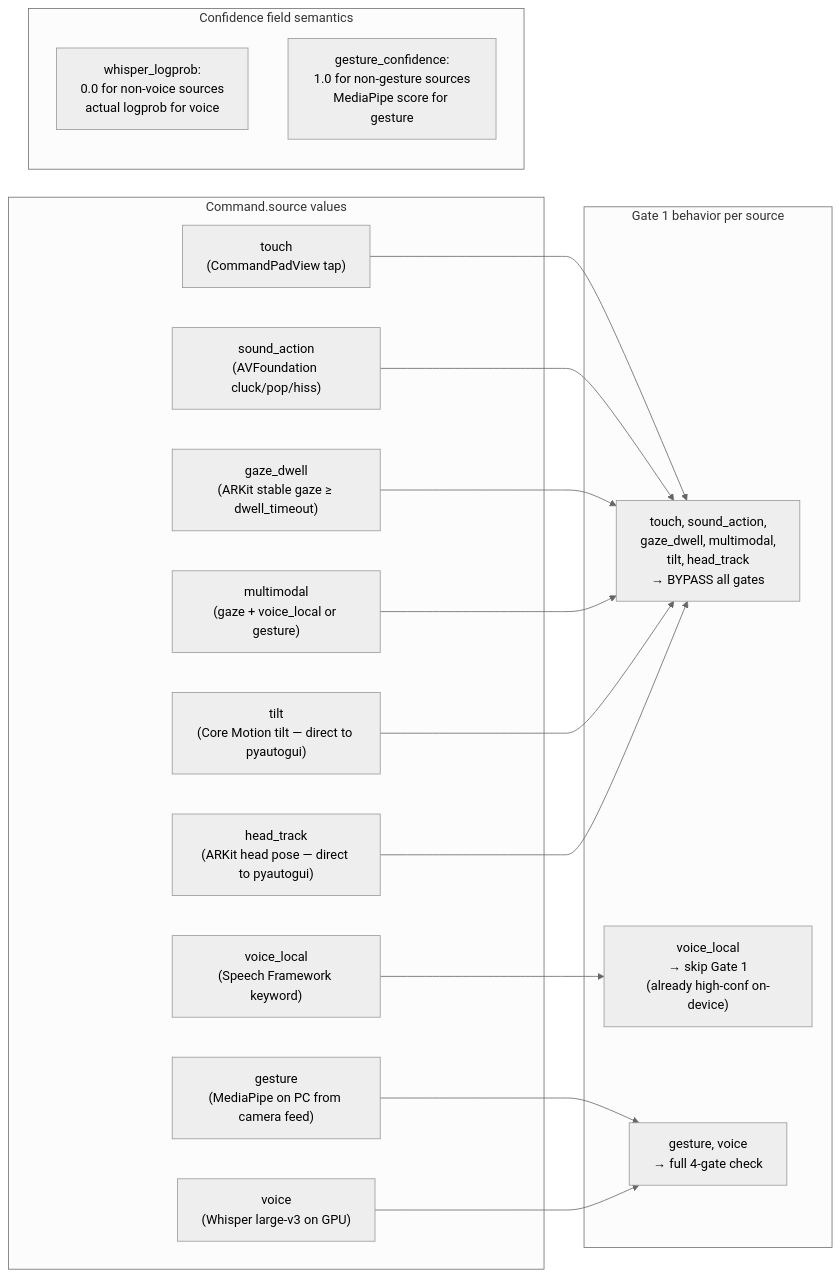
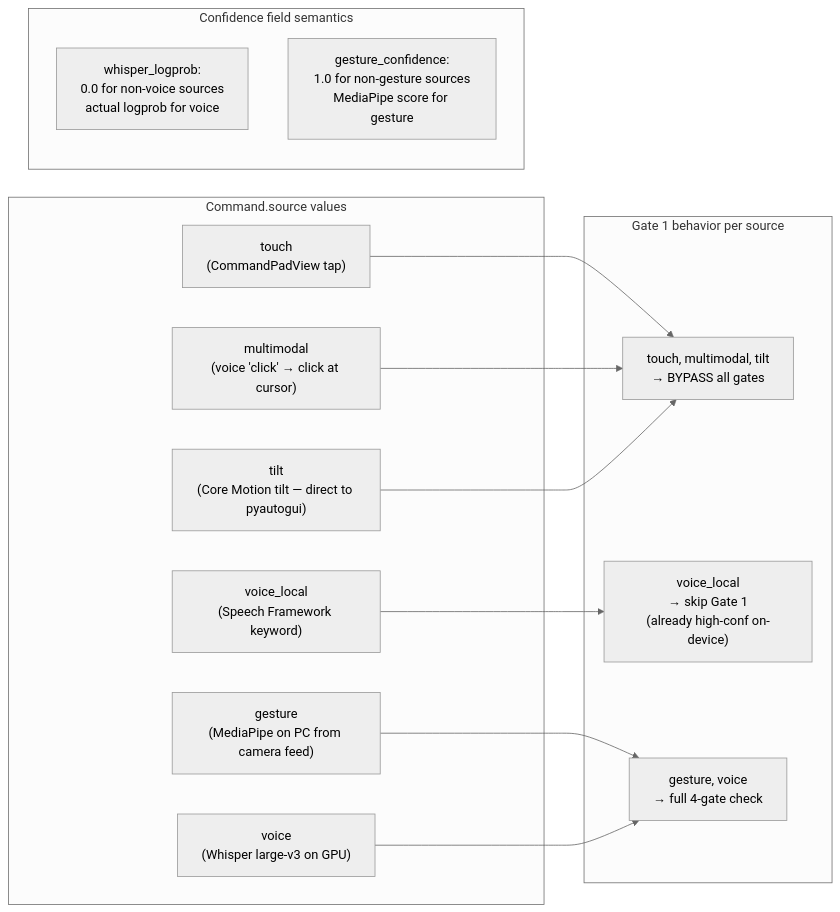
One commit to Bradly187/Personal-Desktop-Agent changed the third of 7 diagrams in specs/ipad-sensor-focus/diagrams/05-data-flow.md. Above: the diagram before and after it, drawn with Mermaid (neutral theme). The commit also changed other lines of this file and 16 other files, not shown here.

````diff
--- a/specs/ipad-sensor-focus/diagrams/05-data-flow.md
+++ b/specs/ipad-sensor-focus/diagrams/05-data-flow.md
@@ -240,35 +200,29 @@
 ```mermaid
 flowchart LR
     subgraph Sources["Command.source values"]
         touch["touch\n(CommandPadView tap)"]
-        sound["sound_action\n(AVFoundation cluck/pop/hiss)"]
-        gaze_dwell["gaze_dwell\n(ARKit stable gaze ≥ dwell_timeout)"]
-        multimodal["multimodal\n(gaze + voice_local or gesture)"]
+        multimodal["multimodal\n(voice 'click' → click at cursor)"]
         tilt["tilt\n(Core Motion tilt — direct to pyautogui)"]
-        head_track["head_track\n(ARKit head pose — direct to pyautogui)"]
         gesture["gesture\n(MediaPipe on PC from camera feed)"]
         voice_local["voice_local\n(Speech Framework keyword)"]
         voice["voice\n(Whisper large-v3 on GPU)"]
     end
 
     subgraph Confidence["Confidence field semantics"]
         wlp["whisper_logprob:\n0.0 for non-voice sources\nactual logprob for voice"]
         gc["gesture_confidence:\n1.0 for non-gesture sources\nMediaPipe score for gesture"]
     end
 
     subgraph GateBehavior["Gate 1 behavior per source"]
-        bypass["touch, sound_action,\ngaze_dwell, multimodal,\ntilt, head_track\n→ BYPASS all gates"]
+        bypass["touch, multimodal, tilt\n→ BYPASS all gates"]
         check_kw["voice_local\n→ skip Gate 1\n(already high-conf on-device)"]
         full_check["gesture, voice\n→ full 4-gate check"]
     end
 
     touch --> bypass
-    sound --> bypass
-    gaze_dwell --> bypass
     multimodal --> bypass
     tilt --> bypass
-    head_track --> bypass
     voice_local --> check_kw
     gesture --> full_check
     voice --> full_check
 ```
````
